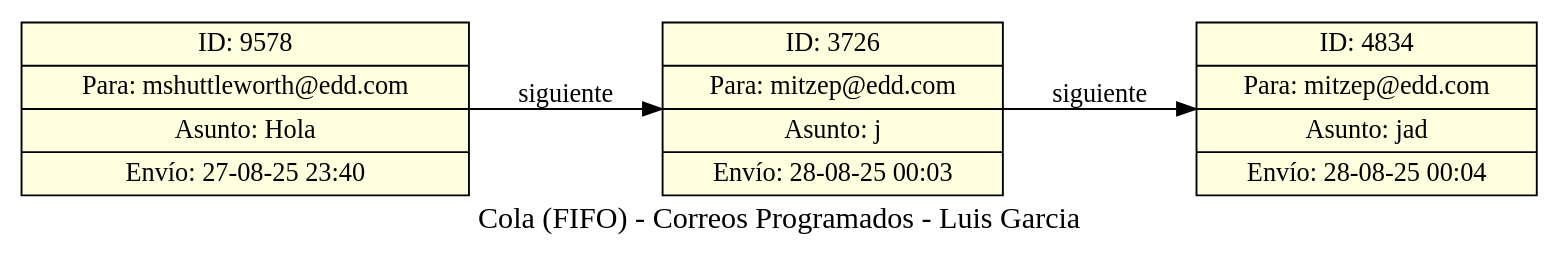
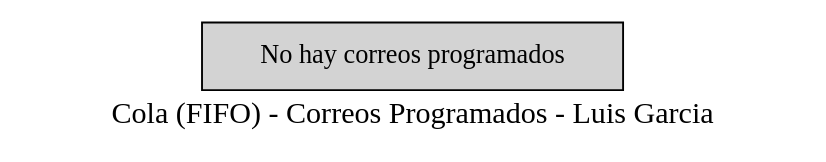
The diagram in Fase1/src/lgarcia-Reportes/correos_programados_lgarcia.dot (JoseArt777/-EDD-1S2025_202100305), drawn with Graphviz before and after one commit. The commit also changed 18 other files, not shown here.

```diff
--- a/Fase1/src/lgarcia-Reportes/correos_programados_lgarcia.dot
+++ b/Fase1/src/lgarcia-Reportes/correos_programados_lgarcia.dot
@@ -1,12 +1,7 @@
 digraph G {
     label="Cola (FIFO) - Correos Programados - Luis Garcia";
     fontsize=16;
     rankdir=LR;
     node [shape=record, style=filled];
-    // COLA FIFO - Primero en entrar, primero en salir
-    correo_9578 [label="ID: 9578|Para: mshuttleworth@edd.com|Asunto: Hola|Envío: 27-08-25 23:40", fillcolor=lightyellow];
-    correo_9578 -> correo_3726 [label="siguiente"];
-    correo_3726 [label="ID: 3726|Para: mitzep@edd.com|Asunto: j|Envío: 28-08-25 00:03", fillcolor=lightyellow];
-    correo_3726 -> correo_4834 [label="siguiente"];
-    correo_4834 [label="ID: 4834|Para: mitzep@edd.com|Asunto: jad|Envío: 28-08-25 00:04", fillcolor=lightyellow];
+    empty [label="No hay correos programados", fillcolor=lightgray];
 }
```
